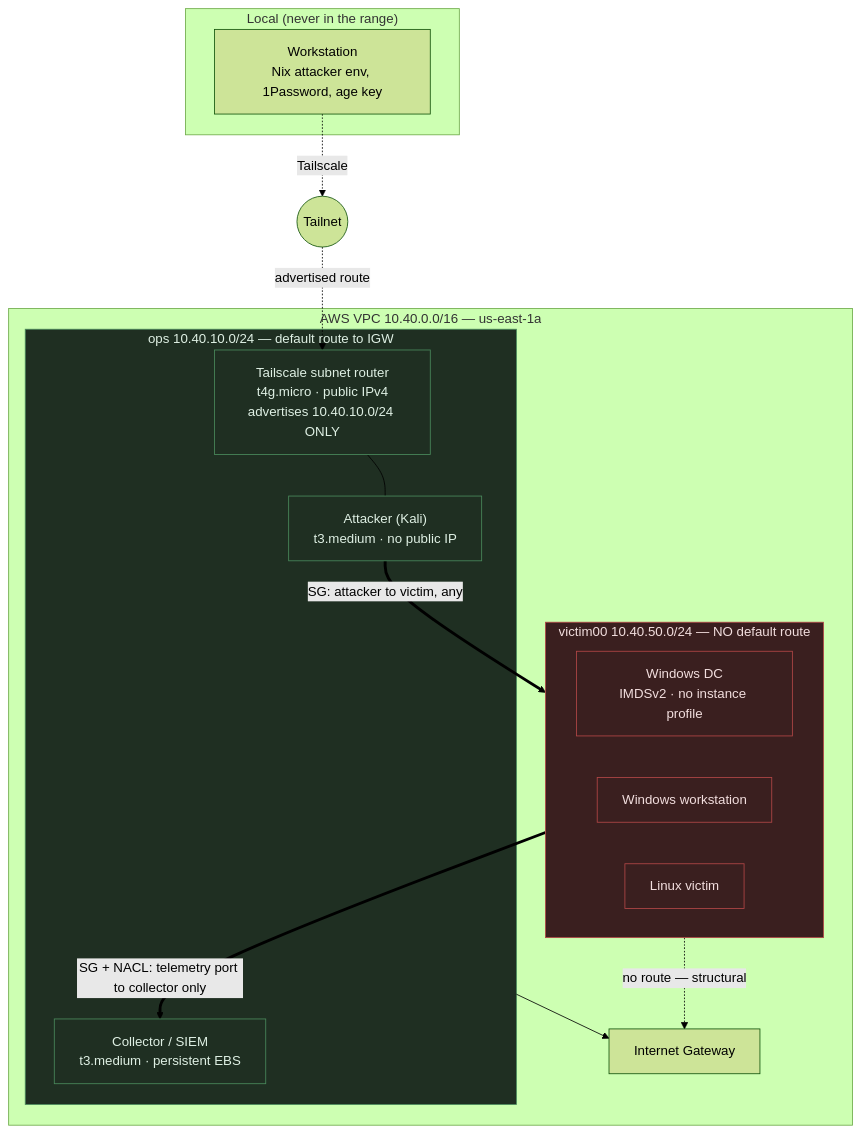
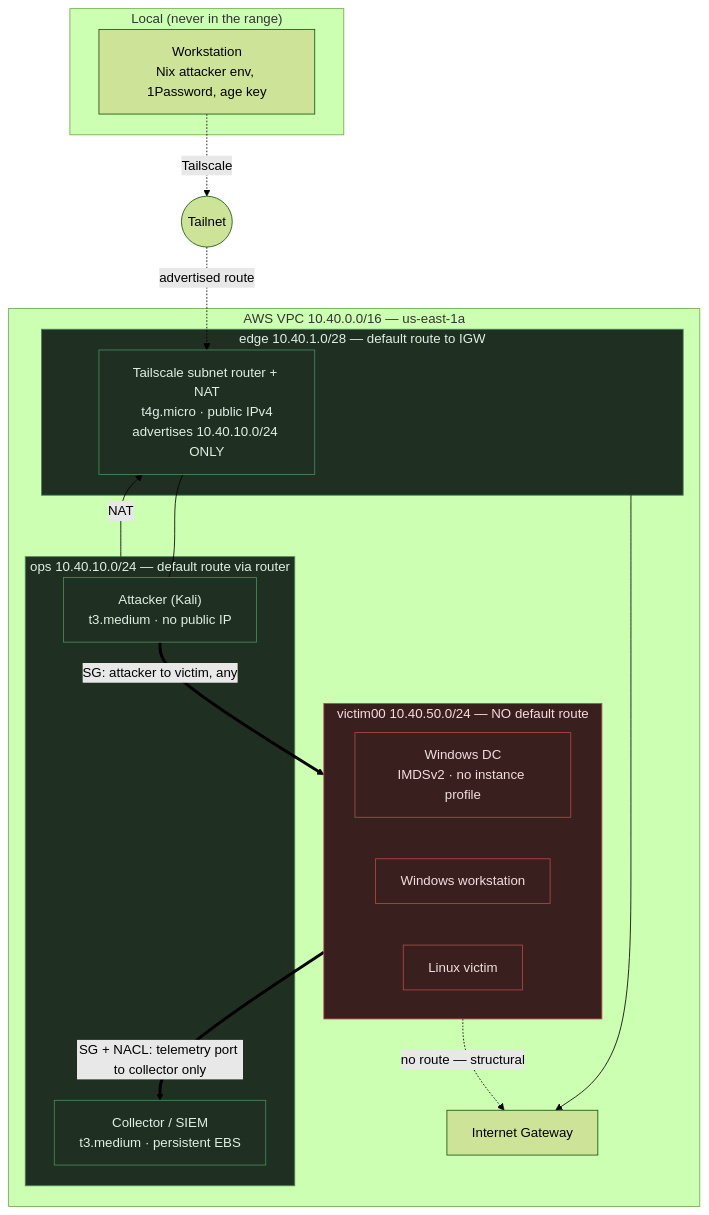
One commit to alexrf45/security-labs changed the first of 2 diagrams in _docs/decisions/0011-aws-provider-and-range-topology.md. Above: the diagram before and after it, drawn with Mermaid (forest theme). The commit also changed other lines of this file and 4 other files, not shown here.

````diff
--- a/_docs/decisions/0011-aws-provider-and-range-topology.md
+++ b/_docs/decisions/0011-aws-provider-and-range-topology.md
@@ -214,35 +222,38 @@
 ```mermaid
 graph TB
     subgraph local["Local (never in the range)"]
         WS["Workstation<br/>Nix attacker env, 1Password, age key"]
     end
 
     TS(("Tailnet"))
     WS -.->|"Tailscale"| TS
 
     subgraph vpc["AWS VPC 10.40.0.0/16 — us-east-1a"]
-        subgraph ops["ops 10.40.10.0/24 — default route to IGW"]
-            R["Tailscale subnet router<br/>t4g.micro · public IPv4<br/>advertises 10.40.10.0/24 ONLY"]
+        subgraph edge["edge 10.40.1.0/28 — default route to IGW"]
+            R["Tailscale subnet router + NAT<br/>t4g.micro · public IPv4<br/>advertises 10.40.10.0/24 ONLY"]
+        end
+        subgraph ops["ops 10.40.10.0/24 — default route via router"]
             K["Attacker (Kali)<br/>t3.medium · no public IP"]
             C["Collector / SIEM<br/>t3.medium · persistent EBS"]
         end
         subgraph victim["victim00 10.40.50.0/24 — NO default route"]
             D1["Windows DC<br/>IMDSv2 · no instance profile"]
             D2["Windows workstation"]
             D3["Linux victim"]
         end
         IGW["Internet Gateway"]
     end
 
     TS -.->|"advertised route"| R
-    ops --> IGW
+    ops -->|"NAT"| R
+    edge --> IGW
     R --- K
     K ==>|"SG: attacker to victim, any"| victim
     victim ==>|"SG + NACL: telemetry port to collector only"| C
     victim -.->|"no route — structural"| IGW
 
     classDef danger fill:#3a1f1f,stroke:#b34747,color:#f2dede
     classDef safe fill:#1f2f22,stroke:#4a8a5c,color:#dff0e4
     class victim,D1,D2,D3 danger
-    class ops,R,K,C safe
+    class edge,ops,R,K,C safe
 ```
````
